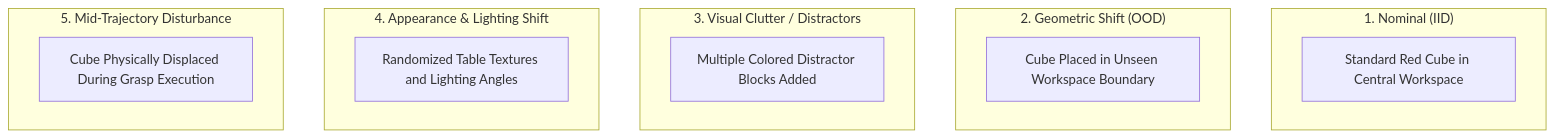
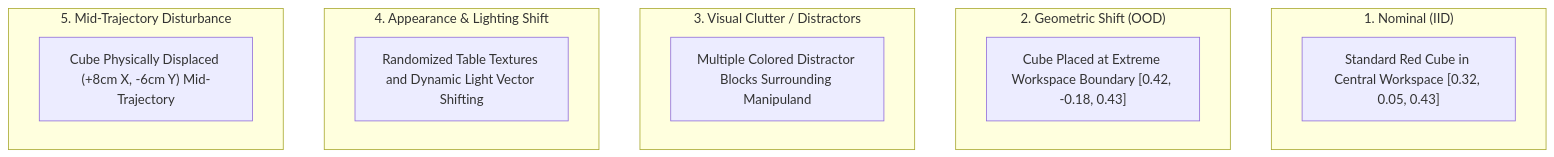
The first of 2 diagrams in docs/dossier_01_lerobot_agentic.md (szcai1998/lerobot-agentic), drawn with Mermaid before and after one commit. The commit also changed other lines of this file and 28 other files, not shown here.

````diff
--- a/docs/dossier_01_lerobot_agentic.md
+++ b/docs/dossier_01_lerobot_agentic.md
@@ -225,18 +283,18 @@
 ```mermaid
 graph TD
     subgraph S1 ["1. Nominal (IID)"]
-        C1["Standard Red Cube in Central Workspace"]
+        C1["Standard Red Cube in Central Workspace [0.32, 0.05, 0.43]"]
     end
     subgraph S2 ["2. Geometric Shift (OOD)"]
-        C2["Cube Placed in Unseen Workspace Boundary"]
+        C2["Cube Placed at Extreme Workspace Boundary [0.42, -0.18, 0.43]"]
     end
     subgraph S3 ["3. Visual Clutter / Distractors"]
-        C3["Multiple Colored Distractor Blocks Added"]
+        C3["Multiple Colored Distractor Blocks Surrounding Manipuland"]
     end
     subgraph S4 ["4. Appearance & Lighting Shift"]
-        C4["Randomized Table Textures and Lighting Angles"]
+        C4["Randomized Table Textures and Dynamic Light Vector Shifting"]
     end
     subgraph S5 ["5. Mid-Trajectory Disturbance"]
-        C5["Cube Physically Displaced During Grasp Execution"]
+        C5["Cube Physically Displaced (+8cm X, -6cm Y) Mid-Trajectory"]
     end
 ```
````
